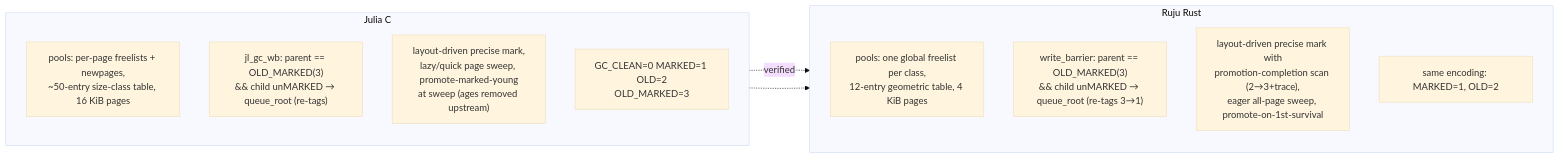
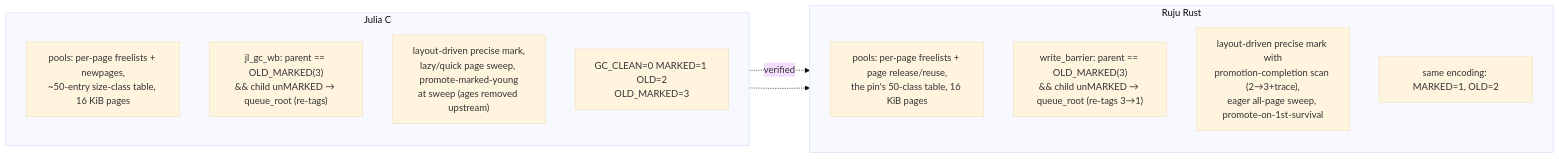
The eighth of 8 diagrams in design/implementation.md (andy-emerson/Ruju), drawn with Mermaid (base theme) before and after one commit. The commit also changed other lines of this file and 3 other files, not shown here.

````diff
--- a/design/implementation.md
+++ b/design/implementation.md
@@ -455,19 +455,19 @@
 ```mermaid
 flowchart LR
     subgraph C["Julia C"]
         direction TB
         CGS["pools: per-page freelists + newpages,<br/>~50-entry size-class table, 16 KiB pages"]
         CWB["jl_gc_wb: parent == OLD_MARKED(3)<br/>&& child unMARKED → queue_root (re-tags)"]
         CMK["layout-driven precise mark,<br/>lazy/quick page sweep, promote-marked-young<br/>at sweep (ages removed upstream)"]
         CST["GC_CLEAN=0 MARKED=1 OLD=2<br/>OLD_MARKED=3"]
     end
     subgraph R["Ruju Rust"]
         direction TB
-        RGS["pools: one global freelist per class,<br/>12-entry geometric table, 4 KiB pages"]
+        RGS["pools: per-page freelists + page release/reuse,<br/>the pin's 50-class table, 16 KiB pages"]
         RWB["write_barrier: parent == OLD_MARKED(3)<br/>&& child unMARKED → queue_root (re-tags 3→1)"]
         RMK["layout-driven precise mark with<br/>promotion-completion scan (2→3+trace),<br/>eager all-page sweep, promote-on-1st-survival"]
         RST["same encoding: MARKED=1, OLD=2"]
     end
     CST -.->|verified| RST
     CMK -.-> RMK
 ```
````
